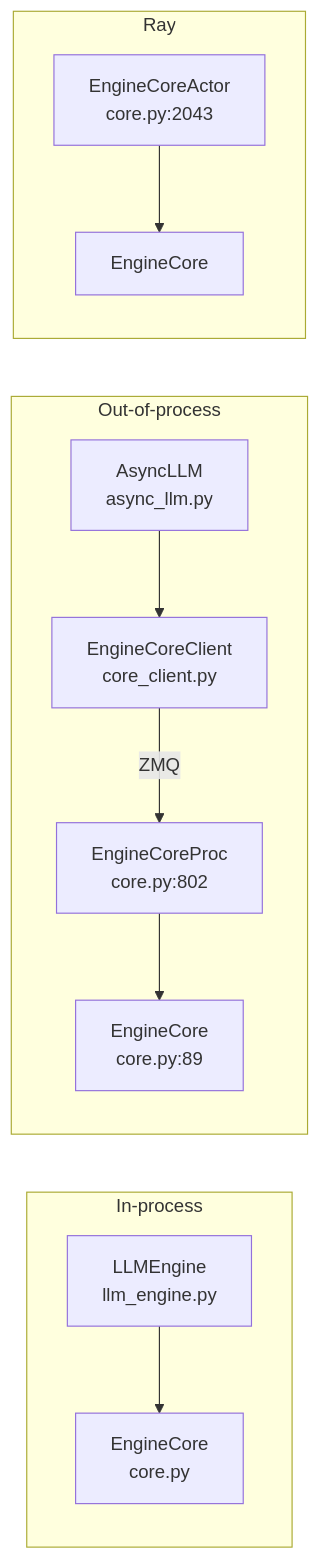
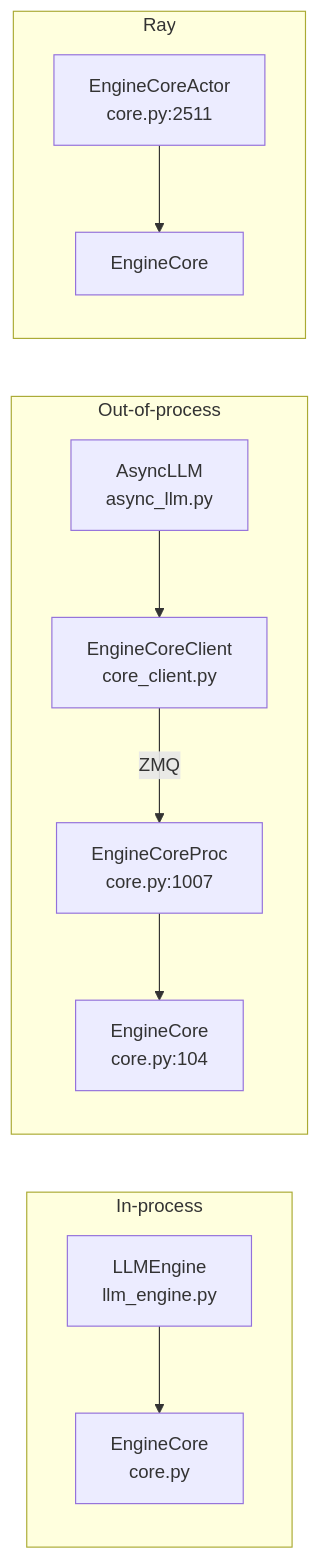
The diagram in vllm/modules/engine.md (learning-sketch/wiki), drawn with Mermaid before and after one commit. The commit also changed other lines of this file, not shown here.

Commit message:
increment: engine.md module page re-verified against vLLM d29dc3ab

````diff
--- a/vllm/modules/engine.md
+++ b/vllm/modules/engine.md
@@ -64,14 +64,14 @@
 ```mermaid
 flowchart LR
     subgraph proc1 [In-process]
         LLMEngine["LLMEngine<br/>llm_engine.py"] --> EngineCore["EngineCore<br/>core.py"]
     end
     subgraph proc2 [Out-of-process]
         AsyncLLM["AsyncLLM<br/>async_llm.py"] --> Client["EngineCoreClient<br/>core_client.py"]
-        Client -->|"ZMQ"| Proc["EngineCoreProc<br/>core.py:802"]
-        Proc --> EC2["EngineCore<br/>core.py:89"]
+        Client -->|"ZMQ"| Proc["EngineCoreProc<br/>core.py:1007"]
+        Proc --> EC2["EngineCore<br/>core.py:104"]
     end
     subgraph proc3 [Ray]
-        Actor["EngineCoreActor<br/>core.py:2043"] --> EC3["EngineCore"]
+        Actor["EngineCoreActor<br/>core.py:2511"] --> EC3["EngineCore"]
     end
 ```
````
